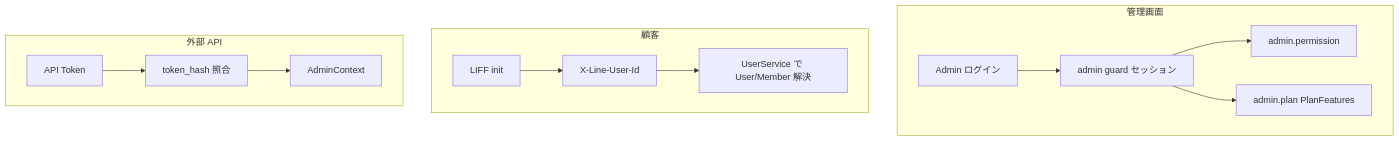
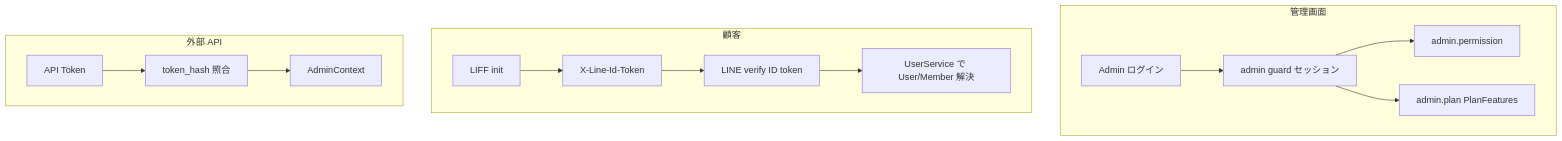
One commit to kosukesh34/Reggit changed the fifth of 13 diagrams in docs/ARCHITECTURE.md. Above: the diagram before and after it, drawn with Mermaid. The commit also changed 14 other files, not shown here.

First line of the commit message:
fix: LIFF は ID トークンを検証し X-Line-User-Id だけでは本人確認しない

````diff
--- a/docs/ARCHITECTURE.md
+++ b/docs/ARCHITECTURE.md
@@ -216,18 +216,19 @@
 ```mermaid
 flowchart TB
   subgraph adminAuth [管理画面]
     Login[Admin ログイン] --> Session[admin guard セッション]
     Session --> Perm[admin.permission]
     Session --> Plan[admin.plan PlanFeatures]
   end
 
   subgraph custAuth [顧客]
-    LIFFInit[LIFF init] --> LineId[X-Line-User-Id]
-    LineId --> UserSvc[UserService で User/Member 解決]
+    LIFFInit[LIFF init] --> IdToken[X-Line-Id-Token]
+    IdToken --> Verify[LINE verify ID token]
+    Verify --> UserSvc[UserService で User/Member 解決]
   end
 
   subgraph apiAuth [外部 API]
     Token[API Token] --> Hash[token_hash 照合]
     Hash --> Ctx[AdminContext]
   end
 ```
````
